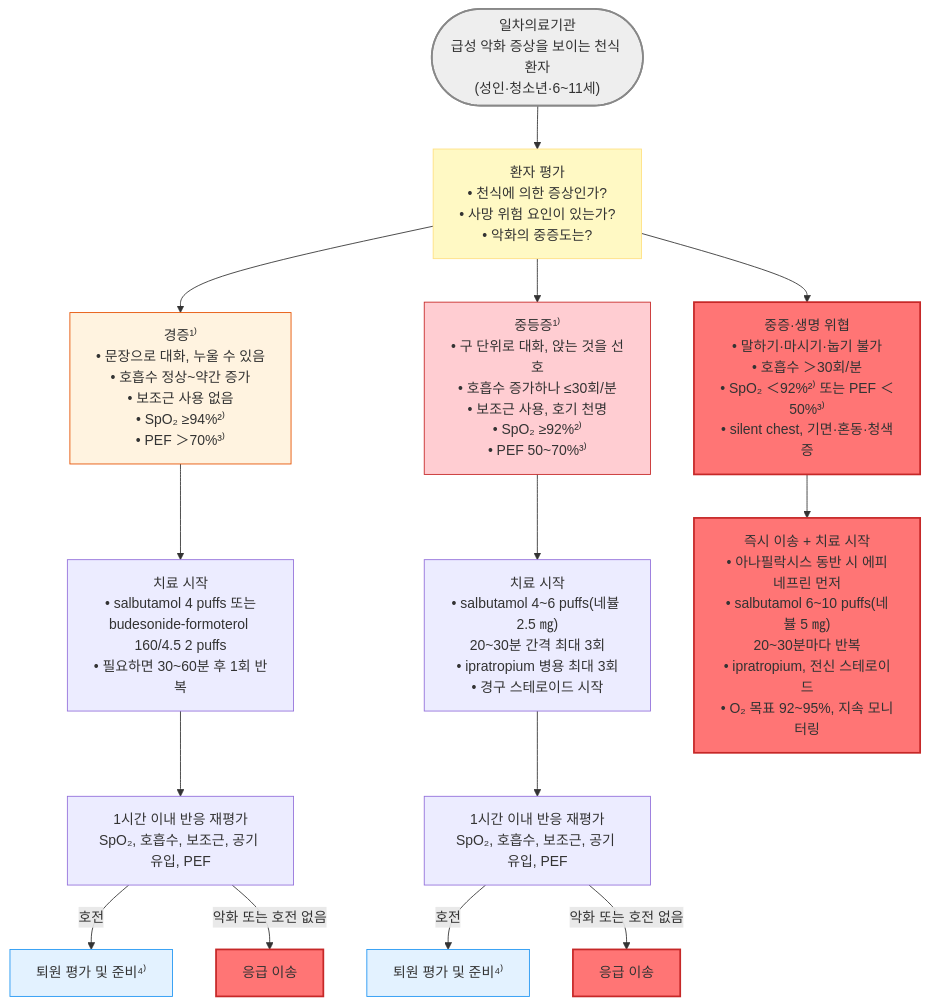
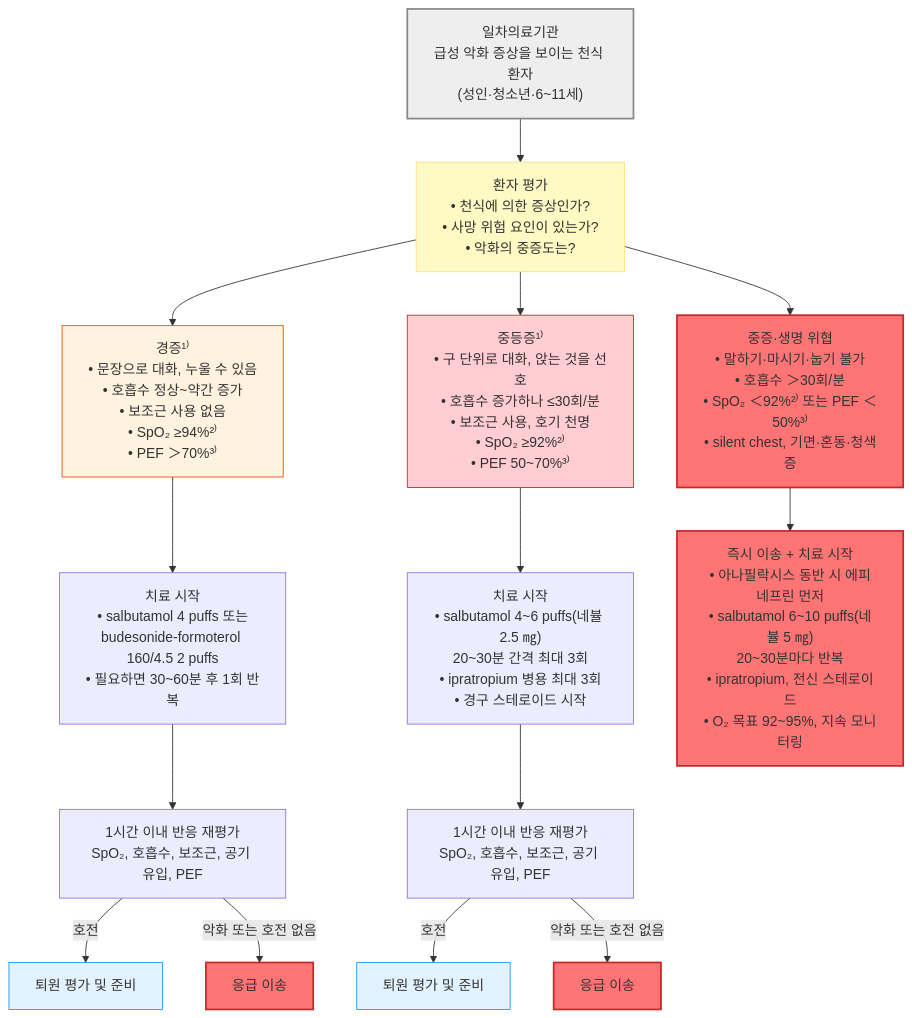
Before and after one commit to familyoh77/familyoh77: the fourth of 4 diagrams in 223_/071_-asthma.md, drawn with Mermaid. The commit also changed other lines of this file, not shown here.

````diff
--- a/223_/071_-asthma.md
+++ b/223_/071_-asthma.md
@@ -912,41 +1130,39 @@
 ```mermaid
 flowchart TD
-    Start(["일차의료기관<br/>급성 악화 증상을 보이는 천식 환자<br/>(성인·청소년·6~11세)"])
+    Start["일차의료기관<br/>급성 악화 증상을 보이는 천식 환자<br/>(성인·청소년·6~11세)"]
     B["환자 평가<br/>• 천식에 의한 증상인가?<br/>• 사망 위험 요인이 있는가?<br/>• 악화의 중증도는?"]
     C["경증¹⁾<br/>• 문장으로 대화, 누울 수 있음<br/>• 호흡수 정상~약간 증가<br/>• 보조근 사용 없음<br/>• SpO₂ ≥94%²⁾<br/>• PEF ＞70%³⁾"]
     D["중등증¹⁾<br/>• 구 단위로 대화, 앉는 것을 선호<br/>• 호흡수 증가하나 ≤30회/분<br/>• 보조근 사용, 호기 천명<br/>• SpO₂ ≥92%²⁾<br/>• PEF 50~70%³⁾"]
     E["중증·생명 위협<br/>• 말하기·마시기·눕기 불가<br/>• 호흡수 ＞30회/분<br/>• SpO₂ ＜92%²⁾ 또는 PEF ＜50%³⁾<br/>• silent chest, 기면·혼동·청색증"]
     H1["치료 시작<br/>• salbutamol 4 puffs 또는<br/>budesonide-formoterol 160/4.5 2 puffs<br/>• 필요하면 30~60분 후 1회 반복"]
     H2["치료 시작<br/>• salbutamol 4~6 puffs(네뷸 2.5 ㎎)<br/>20~30분 간격 최대 3회<br/>• ipratropium 병용 최대 3회<br/>• 경구 스테로이드 시작"]
     F["즉시 이송 + 치료 시작<br/>• 아나필락시스 동반 시 에피네프린 먼저<br/>• salbutamol 6~10 puffs(네뷸 5 ㎎)<br/>20~30분마다 반복<br/>• ipratropium, 전신 스테로이드<br/>• O₂ 목표 92~95%, 지속 모니터링"]
     R1["1시간 이내 반응 재평가<br/>SpO₂, 호흡수, 보조근, 공기 유입, PEF"]
     R2["1시간 이내 반응 재평가<br/>SpO₂, 호흡수, 보조근, 공기 유입, PEF"]
     F1["응급 이송"]
     F2["응급 이송"]
-    K1["퇴원 평가 및 준비⁴⁾"]
-    K2["퇴원 평가 및 준비⁴⁾"]
-
+    K1["퇴원 평가 및 준비"]
+    K2["퇴원 평가 및 준비"]
     Start --> B
     B --> C
     B --> D
     B --> E
     C --> H1
     D --> H2
     E --> F
     H1 --> R1
     H2 --> R2
     R1 -- "호전" --> K1
     R1 -- "악화 또는 호전 없음" --> F1
     R2 -- "호전" --> K2
     R2 -- "악화 또는 호전 없음" --> F2
-
     classDef question fill:#fff9c4,stroke:#ffe082
     classDef red fill:#ff7575,stroke:#c62828,stroke-width:2px
     classDef blue fill:#e3f2ff,stroke:#2196f3
     class B question
     class E,F,F1,F2 red
     class K1,K2 blue
     style Start fill:#eeeeee,stroke:#888888,stroke-width:2px
     style C fill:#fff3e0,stroke:#e65100,stroke-width:1px
     style D fill:#ffcdd2,stroke:#c62828,stroke-width:1px
 ```
````
